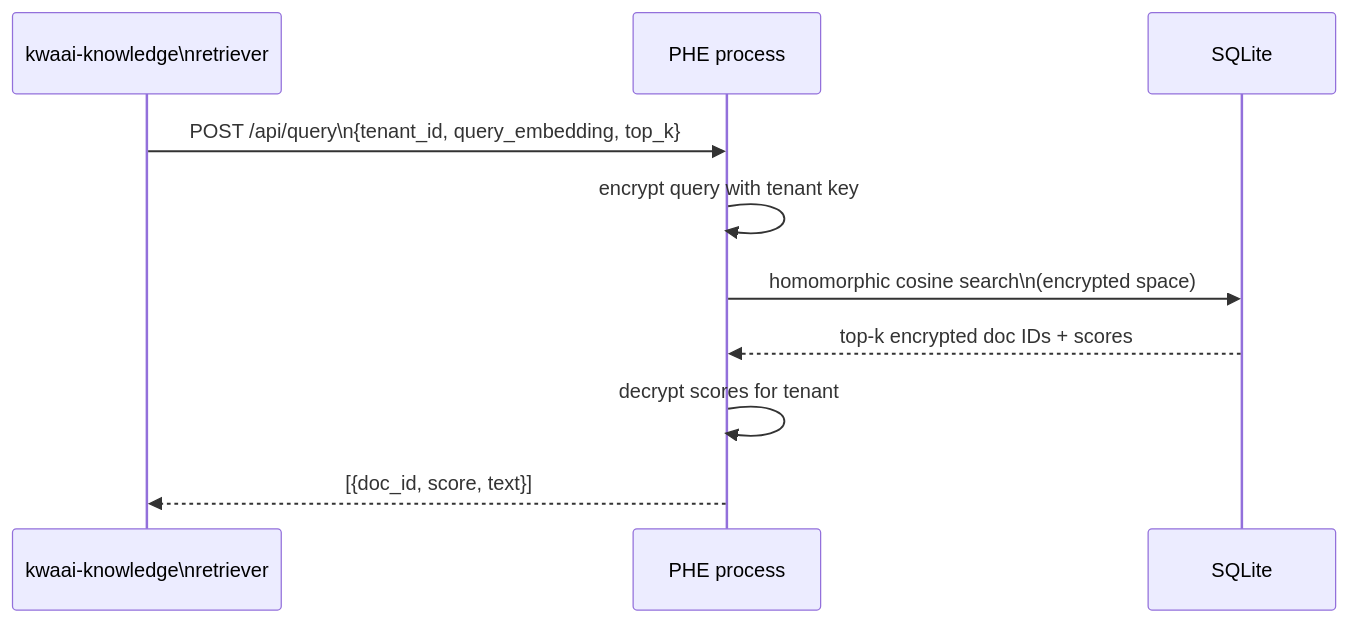
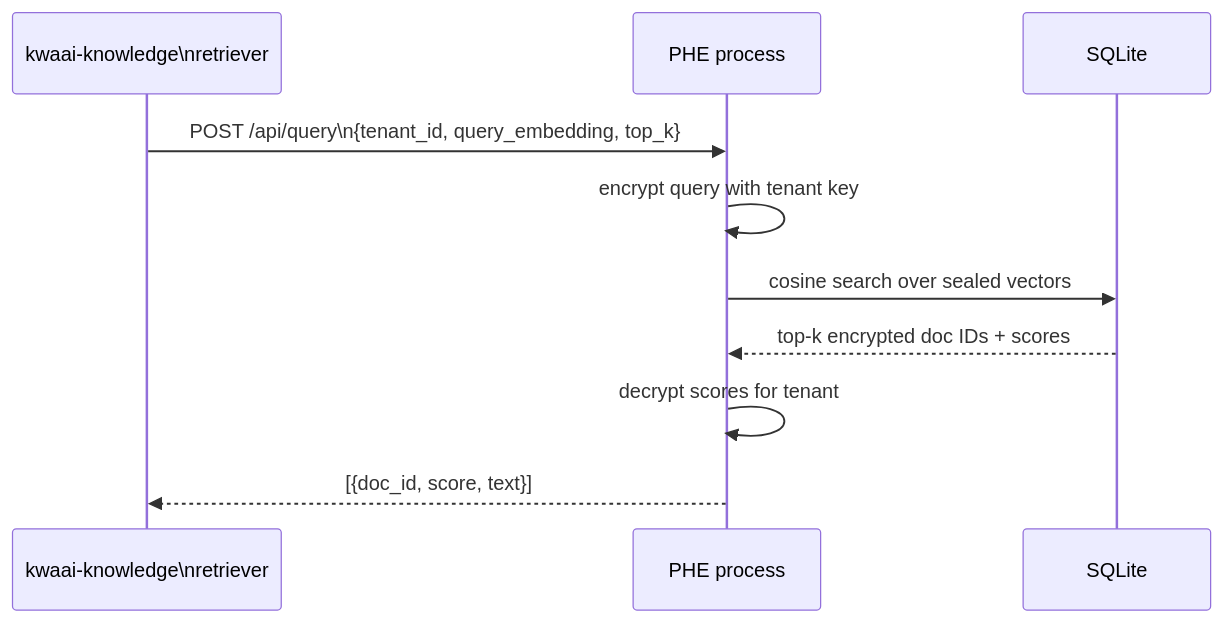
Before and after one commit to Kwaai-AI-Lab/KwaaiNet: the third of 4 diagrams in projects/kwaai-storage/design/data-flows.md, drawn with Mermaid. The commit also changed other lines of this file and 3 other files, not shown here.

````diff
--- a/projects/kwaai-storage/design/data-flows.md
+++ b/projects/kwaai-storage/design/data-flows.md
@@ -42,13 +46,13 @@
 ```mermaid
 sequenceDiagram
     participant RAG as kwaai-knowledge\nretriever
     participant VPK as PHE process
     participant DB as SQLite
 
     RAG->>VPK: POST /api/query\n{tenant_id, query_embedding, top_k}
     VPK->>VPK: encrypt query with tenant key
-    VPK->>DB: homomorphic cosine search\n(encrypted space)
+    VPK->>DB: cosine search over sealed vectors
     DB-->>VPK: top-k encrypted doc IDs + scores
     VPK->>VPK: decrypt scores for tenant
     VPK-->>RAG: [{doc_id, score, text}]
 ```
````
